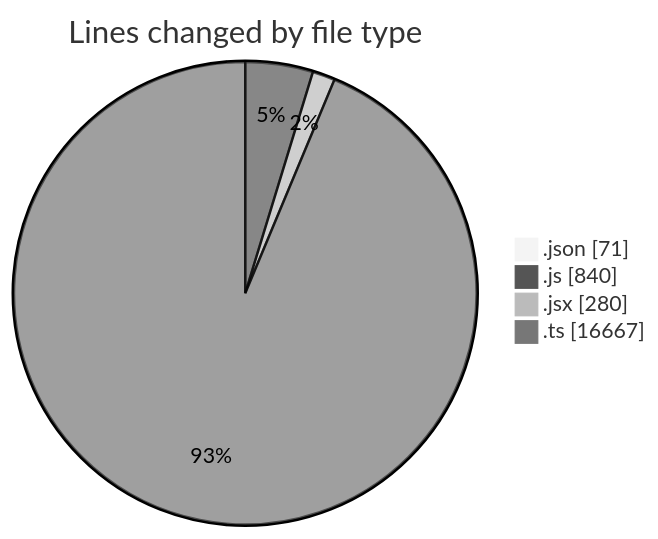
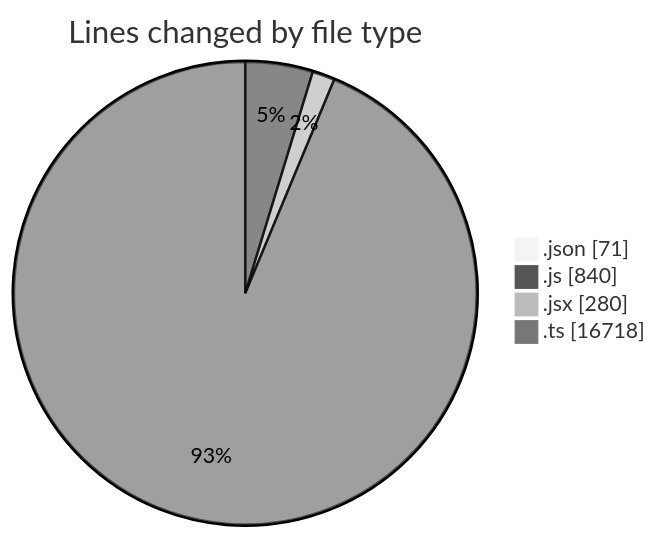
One commit to momahboobian/code-tracking changed the first of 2 diagrams in 2025-05-13/cda/README.md. Above: the diagram before and after it, drawn with Mermaid (neutral theme). The commit also changed other lines of this file and 1 other file, not shown here.

````diff
--- a/2025-05-13/cda/README.md
+++ b/2025-05-13/cda/README.md
@@ -30,8 +30,8 @@
 ```mermaid
 pie showData
 title Lines changed by file type
 ".json" : 71
 ".js" : 840
 ".jsx" : 280
-".ts" : 16667
+".ts" : 16718
 ```
````
